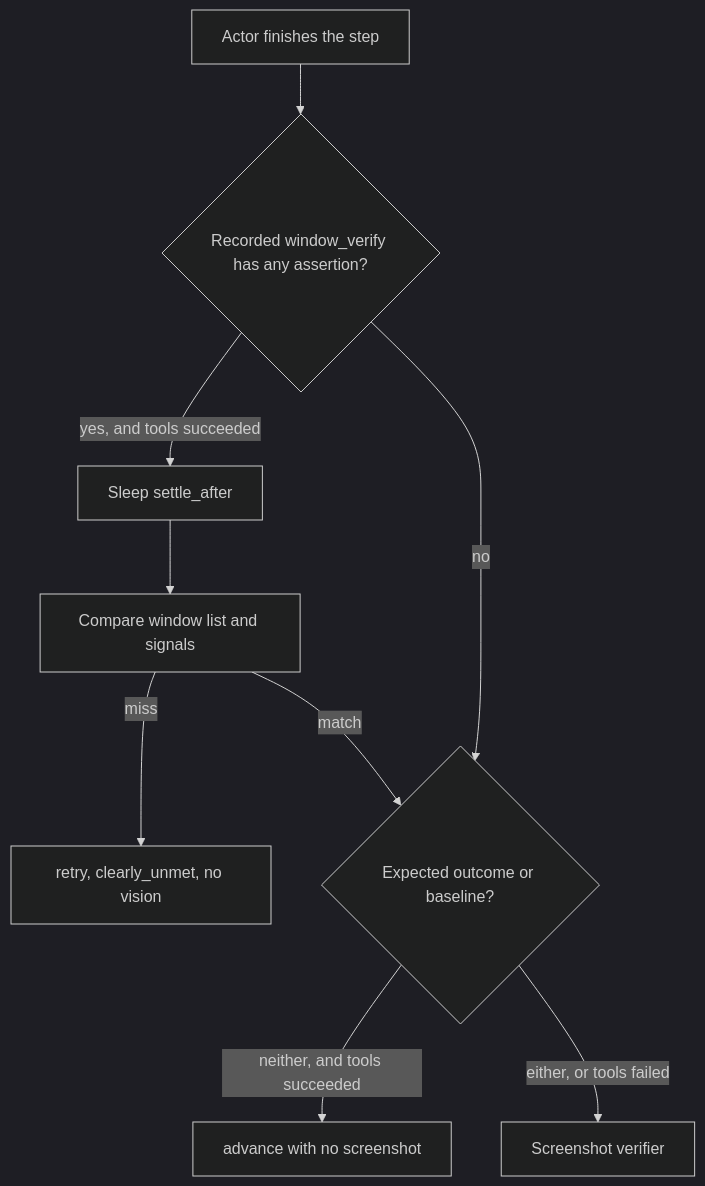
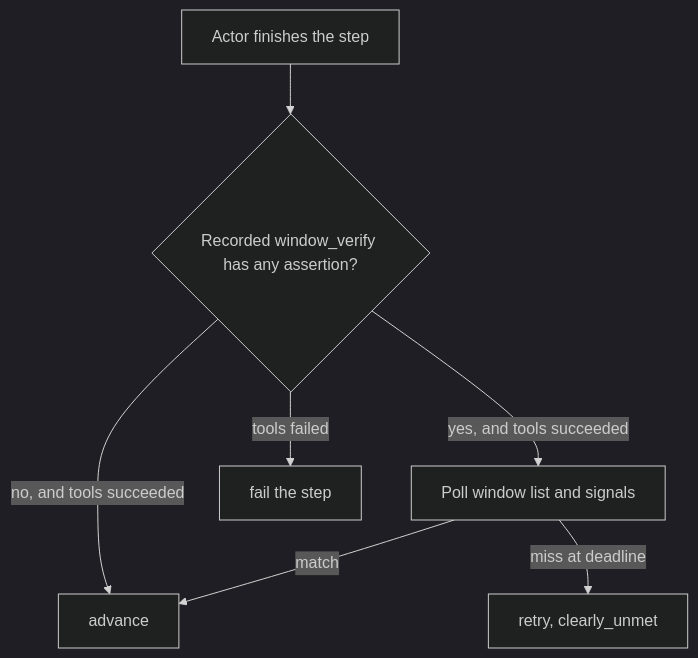
One commit to josephorng/QualityAssuranceAgent changed the diagram in VERIFICATION.md. Above: the diagram before and after it, drawn with Mermaid (dark theme). The commit also changed other lines of this file and 39 other files, not shown here.

````diff
--- a/VERIFICATION.md
+++ b/VERIFICATION.md
@@ -9,12 +9,10 @@
 ```mermaid
 flowchart TD
   Act[Actor finishes the step]
   Act --> Win{Recorded window_verify has any assertion?}
-  Win -->|yes, and tools succeeded| Settle[Sleep settle_after]
-  Settle --> Diff[Compare window list and signals]
-  Diff -->|miss| Retry[retry, clearly_unmet, no vision]
-  Diff -->|match| Next{Expected outcome or baseline?}
-  Win -->|no| Next
-  Next -->|neither, and tools succeeded| Advance[advance with no screenshot]
-  Next -->|either, or tools failed| Vision[Screenshot verifier]
+  Win -->|yes, and tools succeeded| Poll[Poll window list and signals]
+  Poll -->|match| Advance[advance]
+  Poll -->|miss at deadline| Retry[retry, clearly_unmet]
+  Win -->|no, and tools succeeded| Advance
+  Win -->|tools failed| Fail[fail the step]
 ```
````
